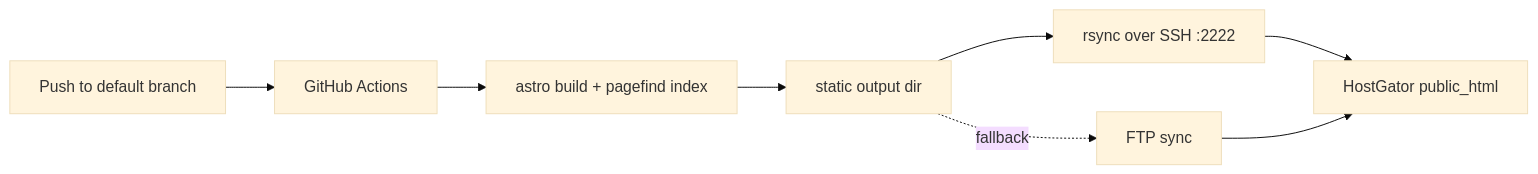
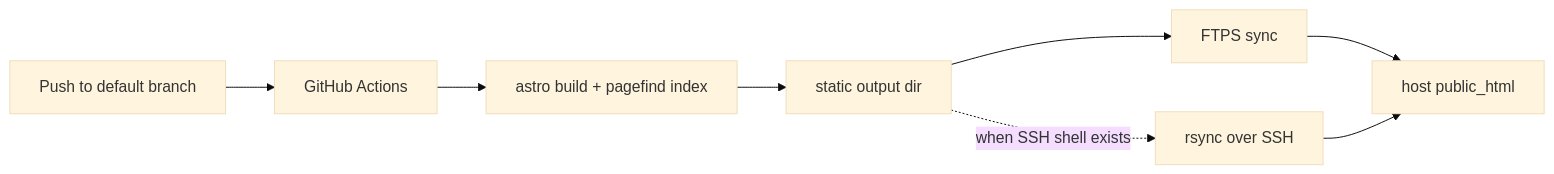
Before and after one commit to Buildando/buildando.com: the diagram in .specs/2026-07-20-static-blog-platform.md, drawn with Mermaid (base theme). The commit also changed other lines of this file, not shown here.

First line of the commit message:
Revise the spec deploy contract to match what shipped (FTPS)

````diff
--- a/.specs/2026-07-20-static-blog-platform.md
+++ b/.specs/2026-07-20-static-blog-platform.md
@@ -306,9 +306,9 @@
 ```mermaid
 flowchart LR
     Push[Push to default branch] --> CI[GitHub Actions]
     CI --> Build[astro build + pagefind index]
     Build --> Dist[static output dir]
-    Dist --> Rsync[rsync over SSH :2222]
-    Rsync --> HG[HostGator public_html]
-    Dist -. fallback .-> FTP[FTP sync] --> HG
+    Dist --> FTPS[FTPS sync]
+    FTPS --> HG[host public_html]
+    Dist -. when SSH shell exists .-> Rsync[rsync over SSH] --> HG
 ```
````
